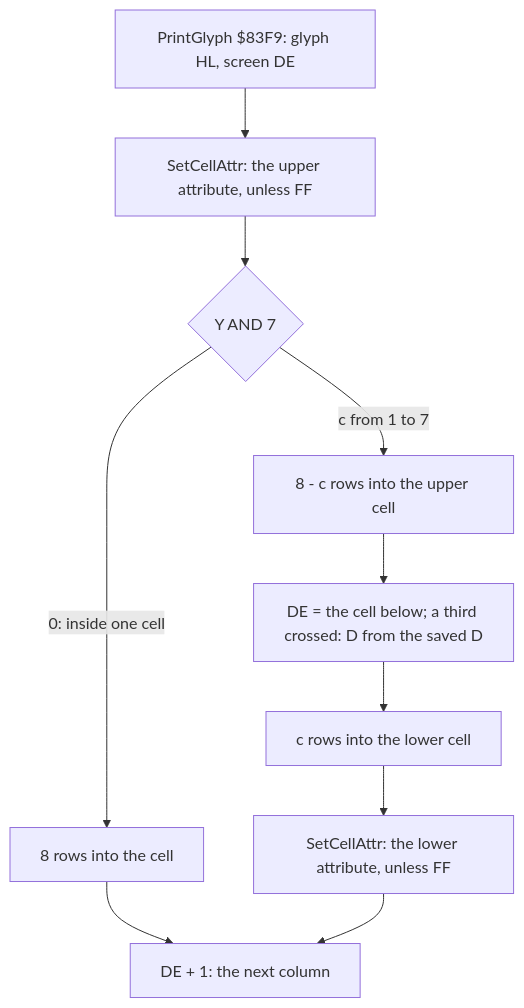
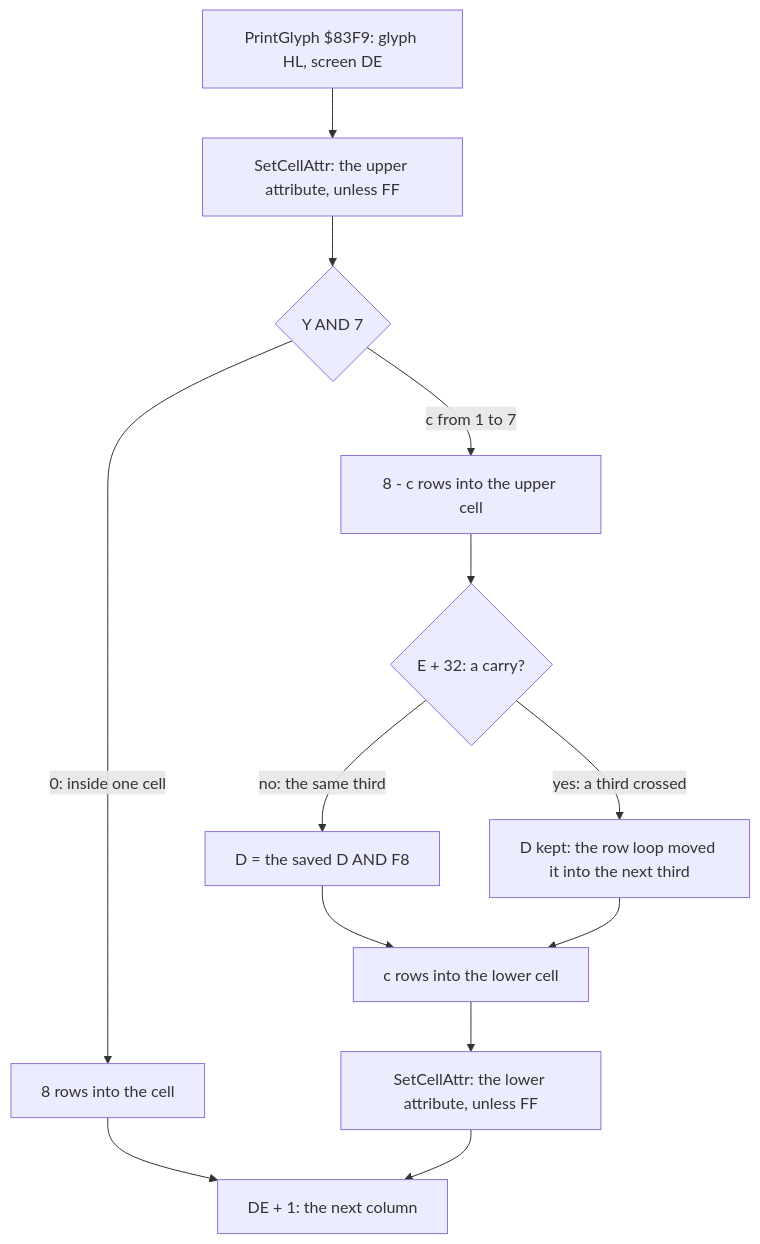
Before and after one commit to alfishe/unrealng-reverse-cases: the first of 14 diagrams in games/switchblade/docs/08-hud-and-text.md, drawn with Mermaid. The commit also changed other lines of this file and 54 other files, not shown here.

````diff
--- a/games/switchblade/docs/08-hud-and-text.md
+++ b/games/switchblade/docs/08-hud-and-text.md
@@ -102,12 +105,15 @@
 ```mermaid
 flowchart TD
     G["PrintGlyph $83F9: glyph HL, screen DE"] --> A["SetCellAttr: the upper attribute, unless FF"]
     A --> C{"Y AND 7"}
     C -->|"0: inside one cell"| T8["8 rows into the cell"]
     C -->|"c from 1 to 7"| T["8 - c rows into the upper cell"]
-    T --> L["DE = the cell below; a third crossed: D from the saved D"]
-    L --> B["c rows into the lower cell"]
+    T --> L{"E + 32: a carry?"}
+    L -->|"no: the same third"| LS["D = the saved D AND F8"]
+    L -->|"yes: a third crossed"| LK["D kept: the row loop moved it into the next third"]
+    LS --> B["c rows into the lower cell"]
+    LK --> B
     B --> LA["SetCellAttr: the lower attribute, unless FF"]
     T8 --> N["DE + 1: the next column"]
     LA --> N
 ```
````
